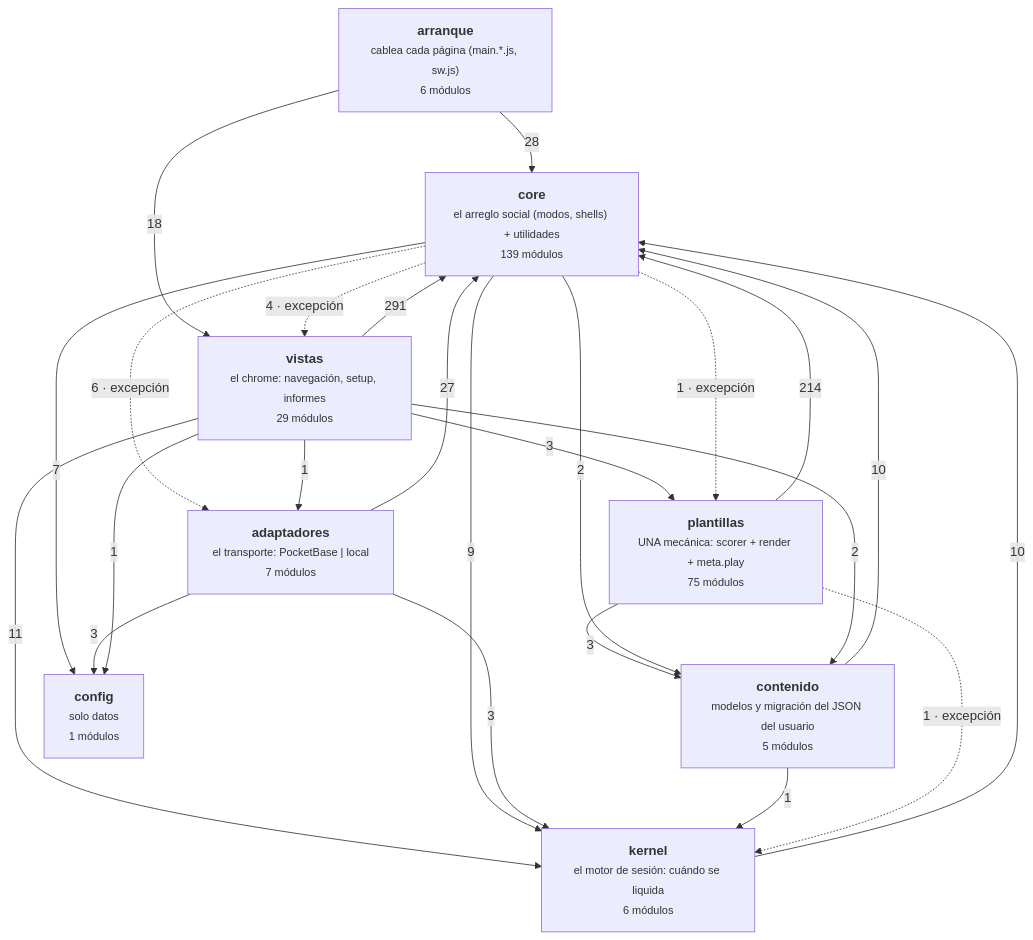
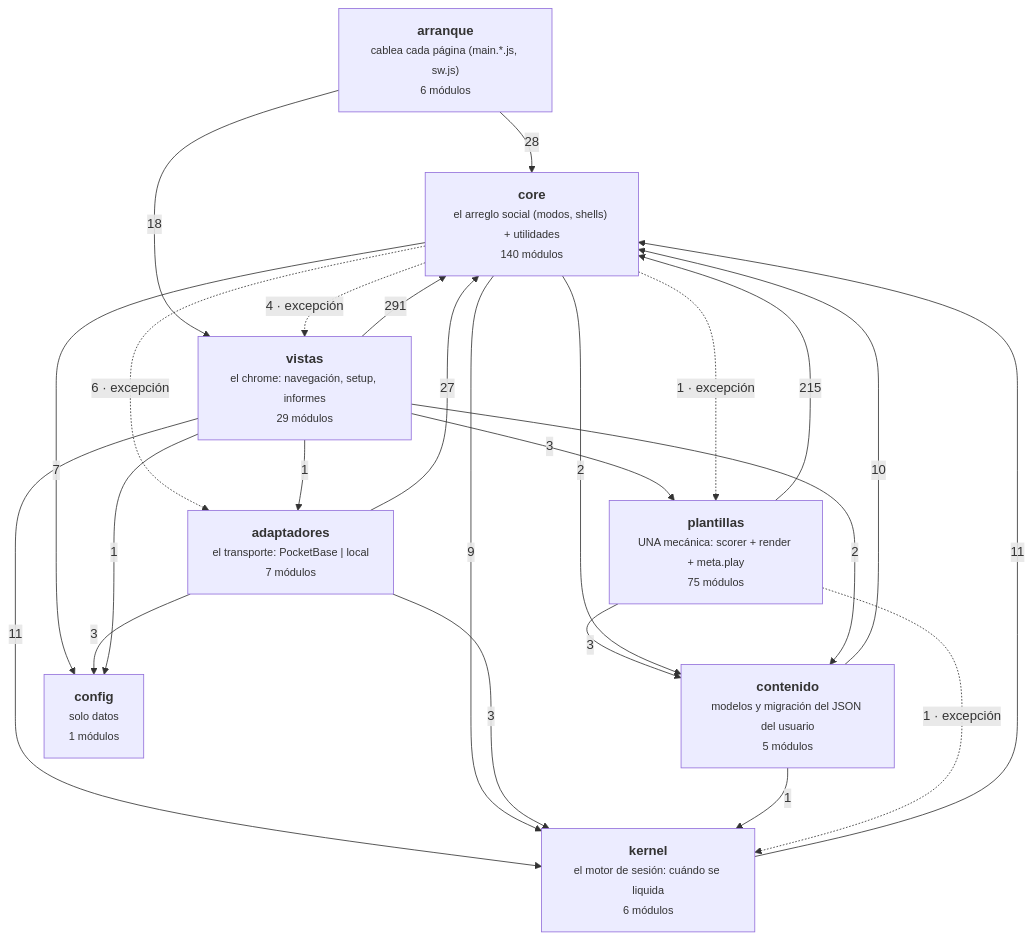
The diagram in docs/arquitectura-modulos.md (duecaz/ac), drawn with Mermaid before and after one commit. The commit also changed other lines of this file and 15 other files, not shown here.

````diff
--- a/docs/arquitectura-modulos.md
+++ b/docs/arquitectura-modulos.md
@@ -56,34 +56,34 @@
 ```mermaid
 graph TD
   A["<b>arranque</b><br/><small>cablea cada página (main.*.js, sw.js)</small><br/><small>6 módulos</small>"]
   V["<b>vistas</b><br/><small>el chrome: navegación, setup, informes</small><br/><small>29 módulos</small>"]
   AD["<b>adaptadores</b><br/><small>el transporte: PocketBase | local</small><br/><small>7 módulos</small>"]
-  C["<b>core</b><br/><small>el arreglo social (modos, shells) + utilidades</small><br/><small>139 módulos</small>"]
+  C["<b>core</b><br/><small>el arreglo social (modos, shells) + utilidades</small><br/><small>140 módulos</small>"]
   K["<b>kernel</b><br/><small>el motor de sesión: cuándo se liquida</small><br/><small>6 módulos</small>"]
   T["<b>plantillas</b><br/><small>UNA mecánica: scorer + render + meta.play</small><br/><small>75 módulos</small>"]
   CO["<b>contenido</b><br/><small>modelos y migración del JSON del usuario</small><br/><small>5 módulos</small>"]
   CF["<b>config</b><br/><small>solo datos</small><br/><small>1 módulos</small>"]
   V -->|291| C
-  T -->|214| C
+  T -->|215| C
   A -->|28| C
   AD -->|27| C
   A -->|18| V
+  K -->|11| C
   V -->|11| K
   CO -->|10| C
-  K -->|10| C
   C -->|9| K
   C -->|7| CF
   C -.->|6 · excepción| AD
   C -.->|4 · excepción| V
   AD -->|3| CF
   AD -->|3| K
   T -->|3| CO
   V -->|3| T
   C -->|2| CO
   V -->|2| CO
   C -.->|1 · excepción| T
   CO -->|1| K
   T -.->|1 · excepción| K
   V -->|1| AD
   V -->|1| CF
 ```
````
